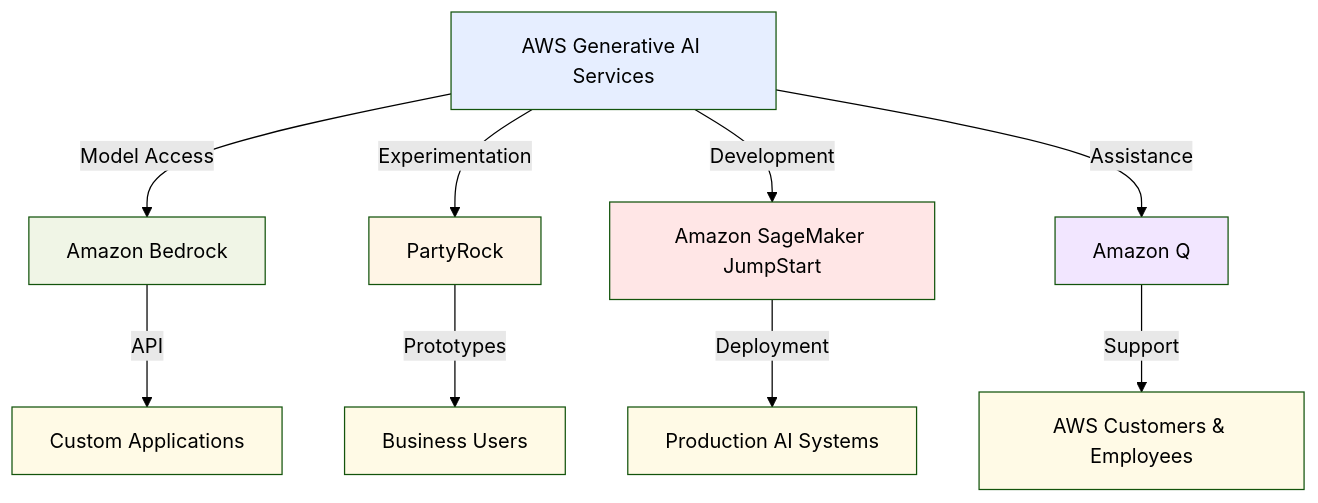
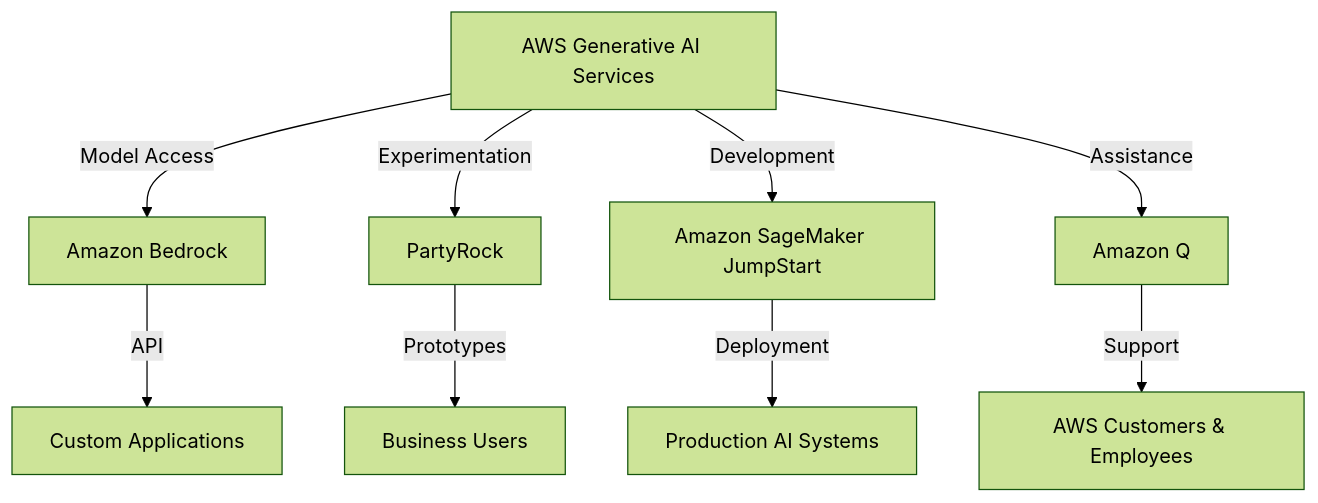
The first of 2 diagrams in english/20_30_AWS_Infrastructure_for_AI_Apps.md (CloudCityPress/aws-aif-c01), drawn with Mermaid (forest theme) before and after one commit. The commit also changed other lines of this file and 16 other files, not shown here.

Commit message:
updating Mermaids

````diff
--- a/english/20_30_AWS_Infrastructure_for_AI_Apps.md
+++ b/english/20_30_AWS_Infrastructure_for_AI_Apps.md
@@ -63,20 +63,11 @@
 ```mermaid
 flowchart TD
     A[AWS Generative AI Services] -->|Model Access| B[Amazon Bedrock]
     A -->|Experimentation| C[PartyRock]
     A -->|Development| D[Amazon SageMaker JumpStart]
     A -->|Assistance| E[Amazon Q]
     B -->|API| F[Custom Applications]
     C -->|Prototypes| G[Business Users]
     D -->|Deployment| H[Production AI Systems]
     E -->|Support| I[AWS Customers & Employees]
-    style A fill:#e6eeff
-    style B fill:#f0f5e6
-    style C fill:#fff5e6
-    style D fill:#ffe6e6
-    style E fill:#f2e6ff
-    style F fill:#fffae6
-    style G fill:#fffae6
-    style H fill:#fffae6
-    style I fill:#fffae6
 ```
````
